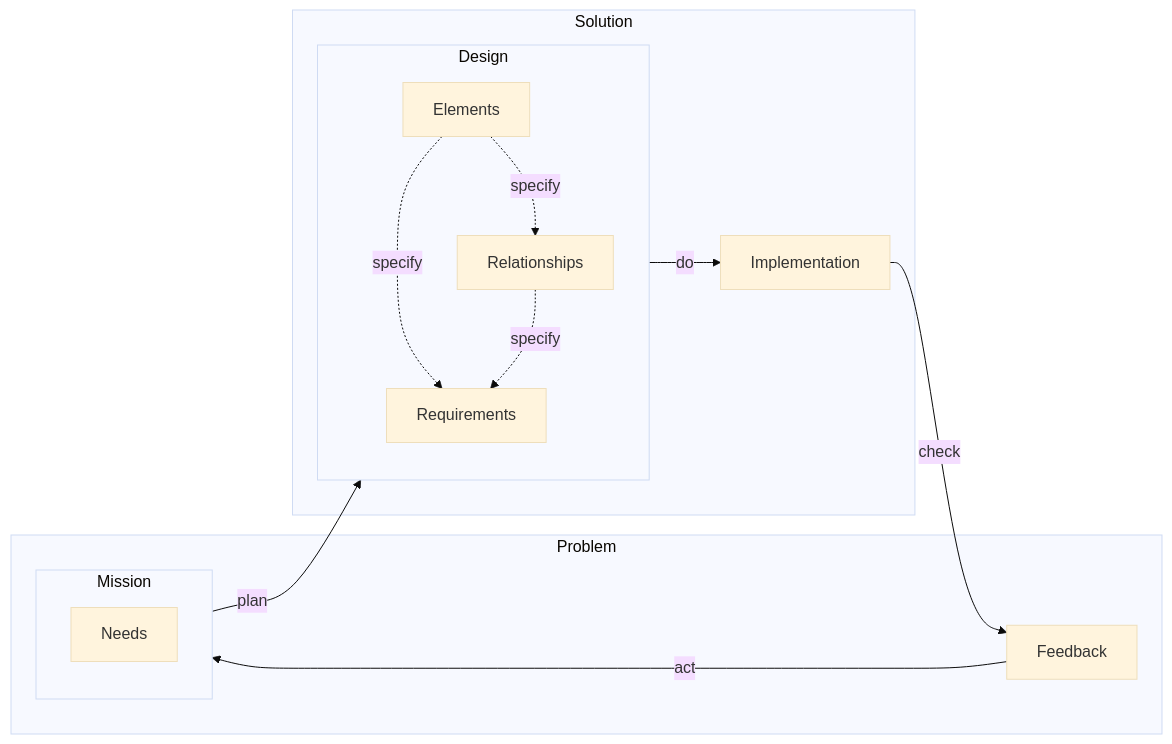
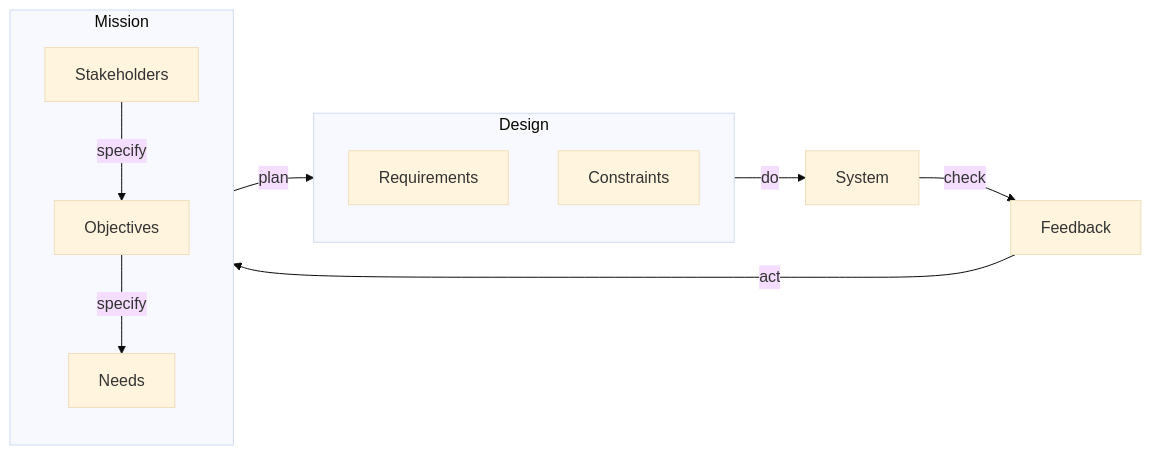
The seventh of 12 diagrams in README.md (firstprinciplesthinking/paper_development_lifecycle), drawn with Mermaid (base theme) before and after one commit. The commit also changed other lines of this file, not shown here.

````diff
--- a/README.md
+++ b/README.md
@@ -144,27 +171,25 @@
 ```mermaid
    flowchart LR
-      subgraph Solution
-        subgraph Design
-            Elements
-            Relationships
-            Requirements
-         end
-         Implementation
+      subgraph Design
+         Requirements
+         Constraints
+      end
+
+      System
+
+      Feedback
+  
+      subgraph Mission
+         Stakeholders
+         Objectives
+         Needs
       end
       
-      subgraph Problem
-         subgraph Mission
-            Needs
-         end
-         Feedback
-      end
+      Mission--"plan"-->Design
+      Design--"do"-->System
+      System--"check"-->Feedback
+      Feedback--"act"-->Mission
 
-      Elements-."specify".->Requirements
-      Elements-."specify".->Relationships
-      Relationships-."specify".->Requirements
-
-      Mission--"plan"-->Design
-      Design--"do"-->Implementation
-      Implementation--"check"-->Feedback
-      Feedback--"act"-->Mission
+      Stakeholders--"specify"-->Objectives
+      Objectives--"specify"-->Needs
 ```
````
